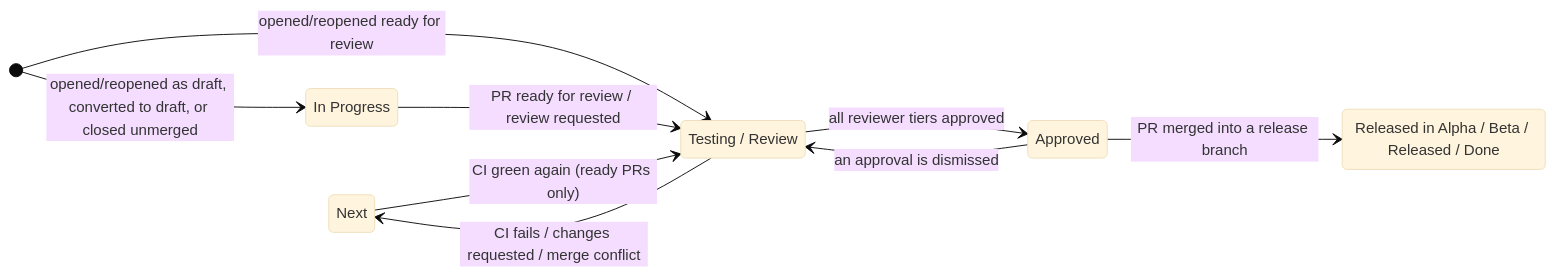
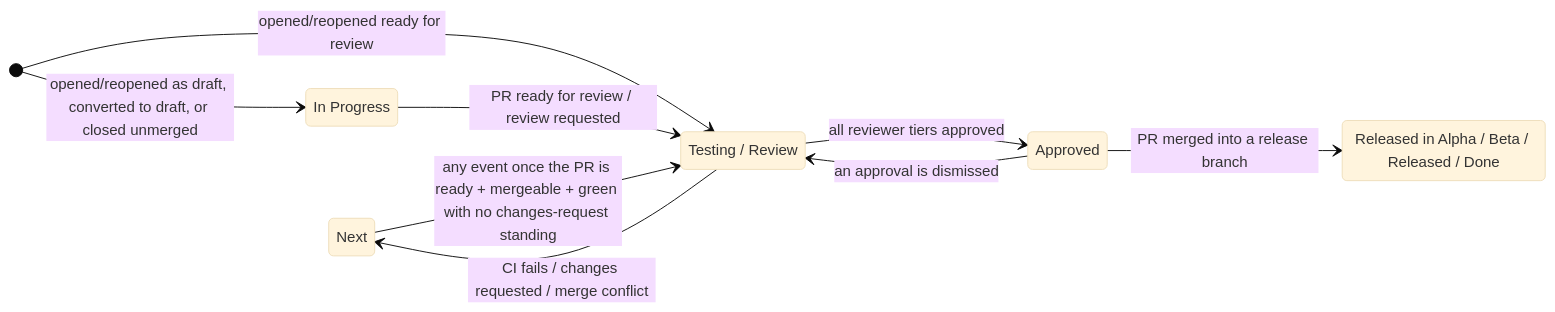
Before and after one commit to nsquared-team/asana-comment-on-task-github-action: the diagram in README.md, drawn with Mermaid (base theme). The commit also changed other lines of this file and 7 other files, not shown here.

````diff
--- a/README.md
+++ b/README.md
@@ -13,18 +13,18 @@
 ```mermaid
 stateDiagram-v2
     direction LR
     Next : Next
     InProgress : In Progress
     Testing : Testing / Review
     Approved : Approved
     Release : Released in Alpha / Beta / Released / Done
 
     [*] --> InProgress : opened/reopened as draft, converted to draft, or closed unmerged
     [*] --> Testing : opened/reopened ready for review
     InProgress --> Testing : PR ready for review / review requested
     Testing --> Next : CI fails / changes requested / merge conflict
-    Next --> Testing : CI green again (ready PRs only)
+    Next --> Testing : any event once the PR is ready + mergeable + green with no changes-request standing
     Testing --> Approved : all reviewer tiers approved
     Approved --> Testing : an approval is dismissed
     Approved --> Release : PR merged into a release branch
 ```
````
